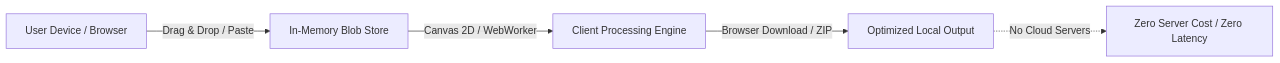
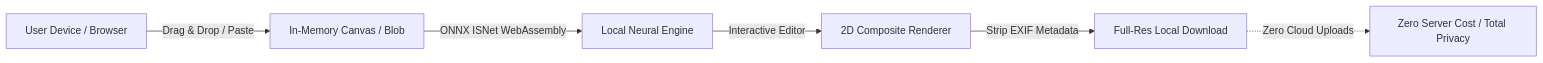
The diagram in README.md (abhieee-java/everything-image-studio), drawn with Mermaid before and after one commit. The commit also changed other lines of this file and 47 other files, not shown here.

````diff
--- a/README.md
+++ b/README.md
@@ -129,7 +103,8 @@
 ```mermaid
 flowchart LR
-    User[User Device / Browser] -->|Drag & Drop / Paste| Memory[In-Memory Blob Store]
-    Memory -->|Canvas 2D / WebWorker| Engine[Client Processing Engine]
-    Engine -->|Browser Download / ZIP| Output[Optimized Local Output]
-    Output -.->|No Cloud Servers| Cloud[Zero Server Cost / Zero Latency]
+    User[User Device / Browser] -->|Drag & Drop / Paste| RAM[In-Memory Canvas / Blob]
+    RAM -->|ONNX ISNet WebAssembly| Engine[Local Neural Engine]
+    Engine -->|Interactive Editor| Canvas[2D Composite Renderer]
+    Canvas -->|Strip EXIF Metadata| Export[Full-Res Local Download]
+    Export -.->|Zero Cloud Uploads| Cloud[Zero Server Cost / Total Privacy]
 ```
````
